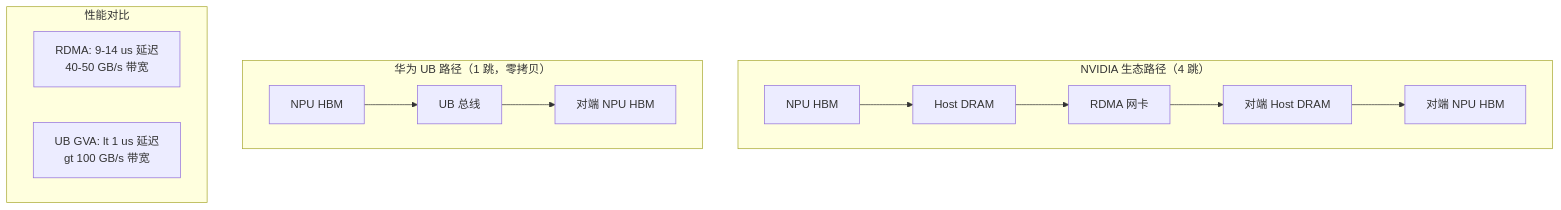
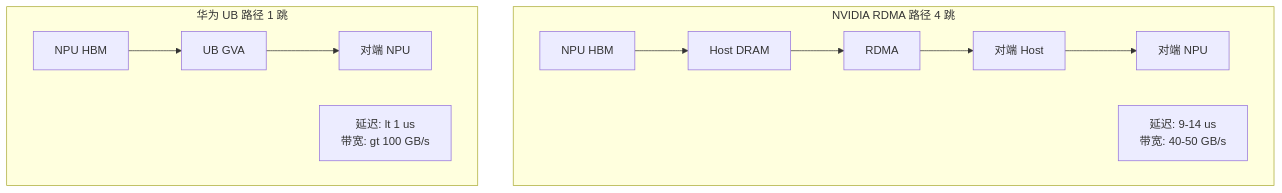
The ninth of 10 diagrams in docs/superpowers/briefings/2026-06-11-distributed-kvcache-executive-briefing.md (QJWang23/Mooncake), drawn with Mermaid before and after one commit. The commit also changed other lines of this file, not shown here.

````diff
--- a/docs/superpowers/briefings/2026-06-11-distributed-kvcache-executive-briefing.md
+++ b/docs/superpowers/briefings/2026-06-11-distributed-kvcache-executive-briefing.md
@@ -390,19 +321,16 @@
 ```mermaid
 graph TB
-    subgraph NVIDIA路径["NVIDIA 生态路径（4 跳）"]
+    subgraph RDMA路径["NVIDIA RDMA 路径 4 跳"]
         N1["NPU HBM"] --> N2["Host DRAM"]
-        N2 --> N3["RDMA 网卡"]
-        N3 --> N4["对端 Host DRAM"]
-        N4 --> N5["对端 NPU HBM"]
+        N2 --> N3["RDMA"]
+        N3 --> N4["对端 Host"]
+        N4 --> N5["对端 NPU"]
+        LAB1["延迟: 9-14 us<br/>带宽: 40-50 GB/s"]
     end
 
-    subgraph UB路径["华为 UB 路径（1 跳，零拷贝）"]
-        U1["NPU HBM"] --> U2["UB 总线"]
-        U2 --> U3["对端 NPU HBM"]
-    end
-
-    subgraph 性能对比["性能对比"]
-        P1["RDMA: 9-14 us 延迟<br/>40-50 GB/s 带宽"]
-        P2["UB GVA: lt 1 us 延迟<br/>gt 100 GB/s 带宽"]
+    subgraph UB路径["华为 UB 路径 1 跳"]
+        U1["NPU HBM"] --> U2["UB GVA"]
+        U2 --> U3["对端 NPU"]
+        LAB2["延迟: lt 1 us<br/>带宽: gt 100 GB/s"]
     end
 ```
````
